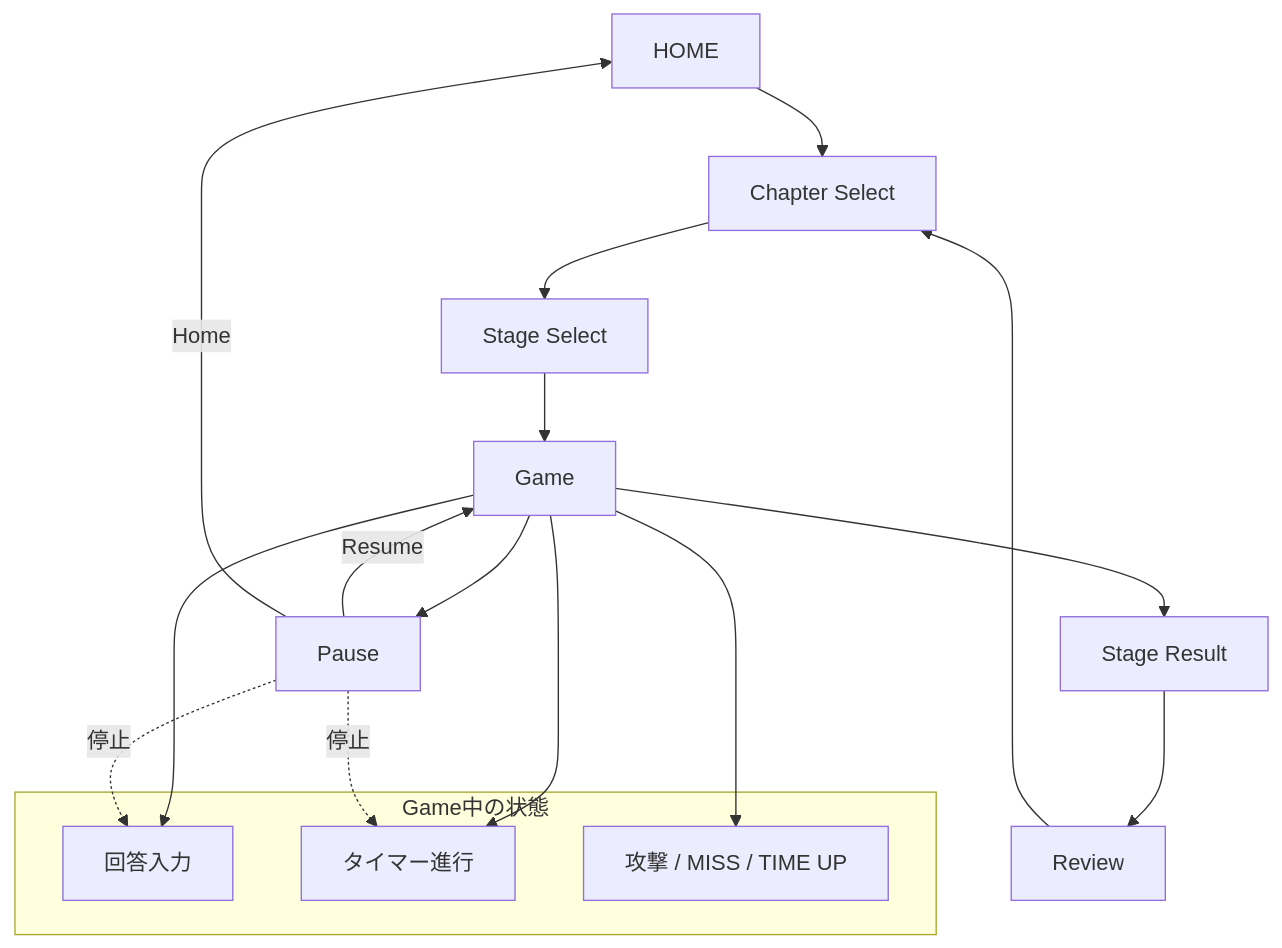
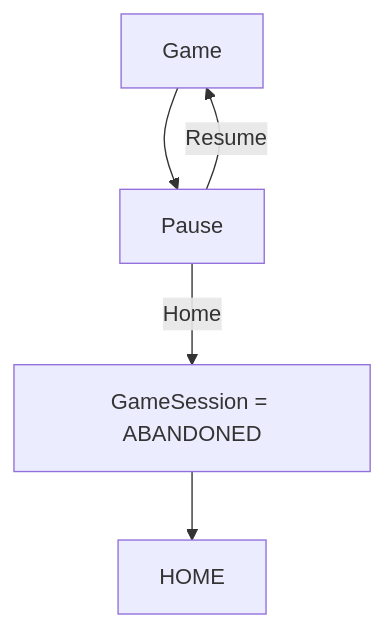
One commit to suu-dev-0203/graduation_JAVAgame changed the ninth of 30 diagrams in README.md. Above: the diagram before and after it, drawn with Mermaid. The commit also changed other lines of this file, not shown here.

````diff
--- a/README.md
+++ b/README.md
@@ -320,30 +459,7 @@
 ```mermaid
 flowchart TD
-    HOME[HOME]
-    CH[Chapter Select]
-    ST[Stage Select]
-    GAME[Game]
-    PAUSE[Pause]
-    RESULT[Stage Result]
-    REVIEW[Review]
-
-    HOME --> CH --> ST --> GAME
-    GAME --> RESULT --> REVIEW
-    REVIEW --> CH
-
-    GAME --> PAUSE
+    GAME[Game] --> PAUSE[Pause]
     PAUSE -->|Resume| GAME
-    PAUSE -->|Home| HOME
-
-    subgraph PLAY[Game中の状態]
-        INPUT[回答入力]
-        TIMER[タイマー進行]
-        EFFECT[攻撃 / MISS / TIME UP]
-    end
-
-    GAME --> INPUT
-    GAME --> TIMER
-    GAME --> EFFECT
-    PAUSE -. 停止 .-> INPUT
-    PAUSE -. 停止 .-> TIMER
+    PAUSE -->|Home| ABANDON[GameSession = ABANDONED]
+    ABANDON --> HOME[HOME]
 ```
````
